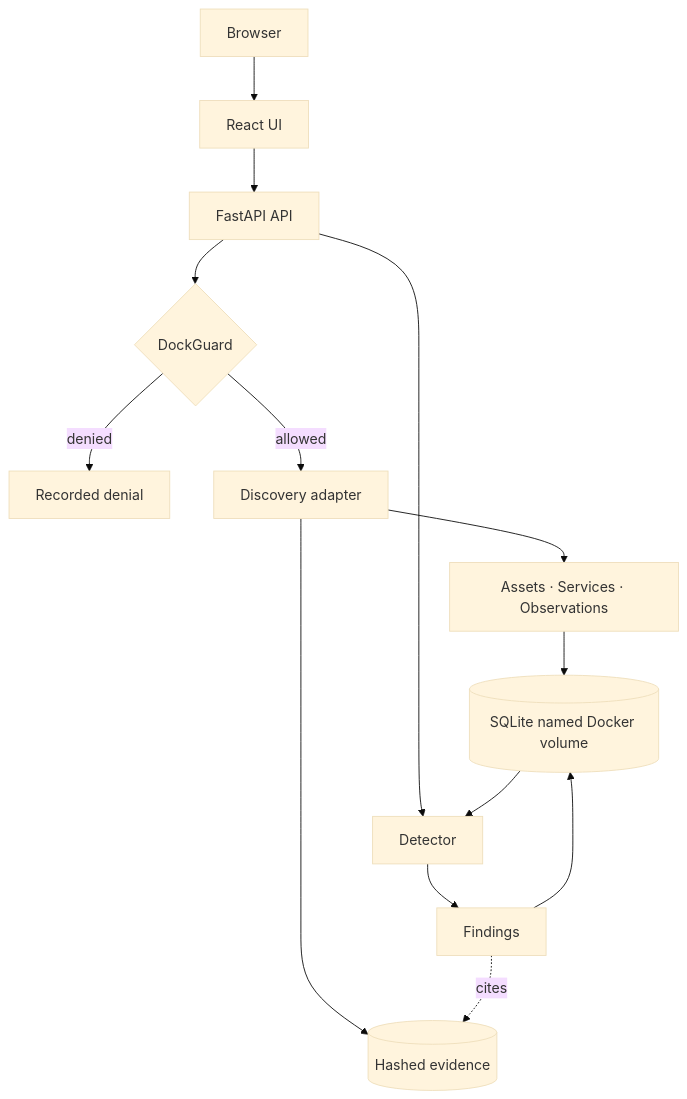
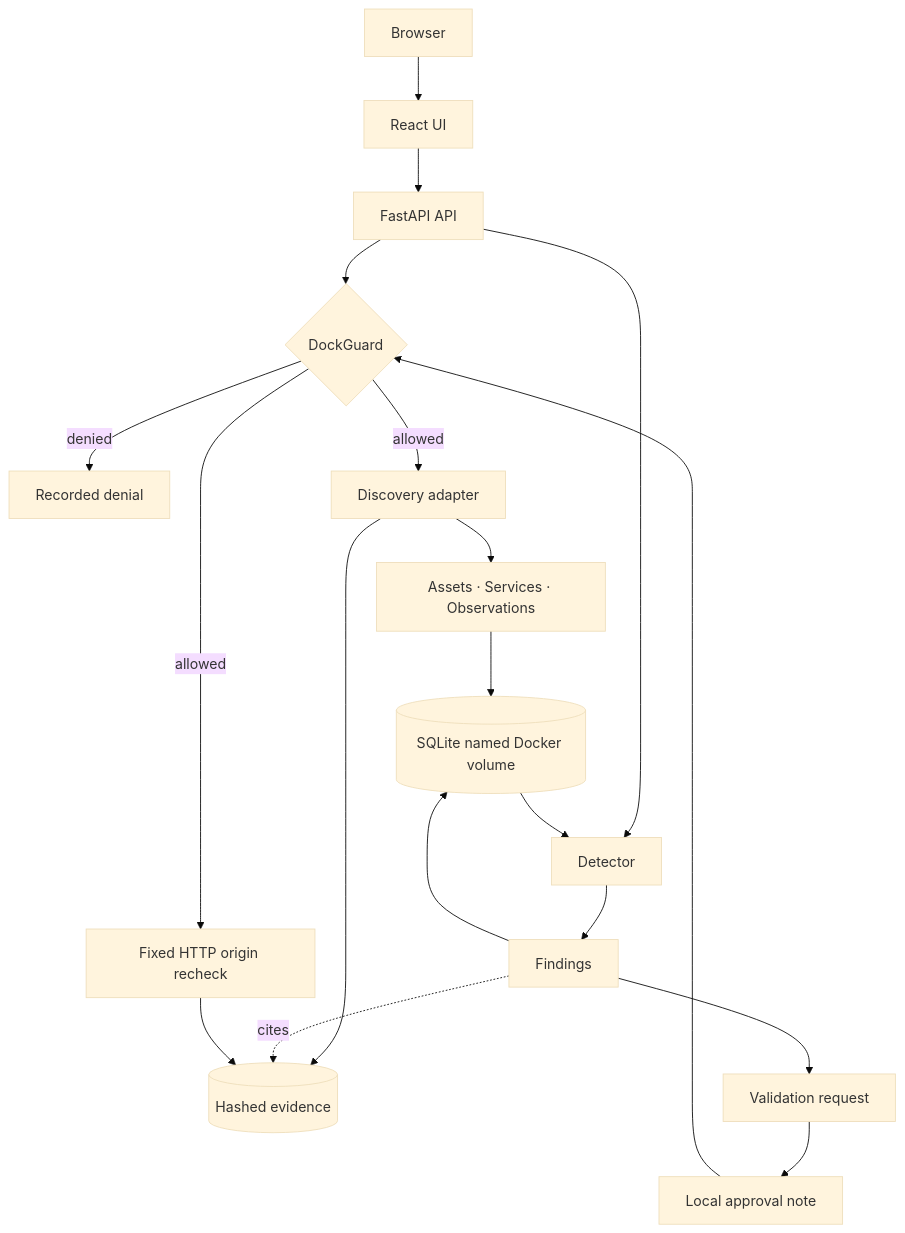
Before and after one commit to chriswayneh/RedDock: the diagram in README.md, drawn with Mermaid (base theme). The commit also changed other lines of this file and 27 other files, not shown here.

````diff
--- a/README.md
+++ b/README.md
@@ -103,16 +105,21 @@
 ```mermaid
 flowchart TB
   Browser[Browser] --> UI[React UI]
   UI --> API[FastAPI API]
   API --> Guard{DockGuard}
   Guard -->|denied| Audit[Recorded denial]
   Guard -->|allowed| Adapter[Discovery adapter]
   Adapter --> Normalize[Assets · Services · Observations]
   Normalize --> Database[(SQLite named Docker volume)]
   Adapter --> Evidence[(Hashed evidence)]
   API --> Detect[Detector]
   Database --> Detect
   Detect --> Findings[Findings]
   Findings --> Database
   Findings -.cites.-> Evidence
+  Findings --> Request[Validation request]
+  Request --> Approval[Local approval note]
+  Approval --> Guard
+  Guard -->|allowed| Recheck[Fixed HTTP origin recheck]
+  Recheck --> Evidence
 ```
````
